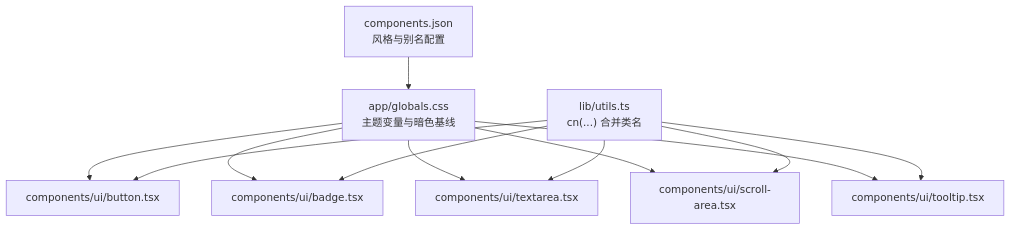
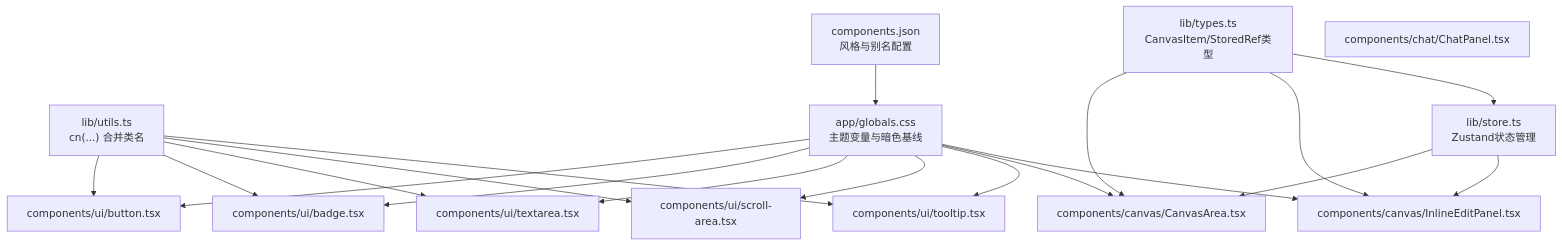
One commit to billye220670/BananaFlow2 changed the second of 10 diagrams in .qoder/repowiki/zh/content/UI 组件系统.md. Above: the diagram before and after it, drawn with Mermaid. The commit also changed other lines of this file and 29 other files, not shown here.

````diff
--- a/.qoder/repowiki/zh/content/UI 组件系统.md
+++ b/.qoder/repowiki/zh/content/UI 组件系统.md
@@ -152,22 +206,34 @@
 ```mermaid
 graph TB
 UTILS["lib/utils.ts<br/>cn(...) 合并类名"]
 THEME["app/globals.css<br/>主题变量与暗色基线"]
 CFG["components.json<br/>风格与别名配置"]
+STORE["lib/store.ts<br/>Zustand状态管理"]
+TYPES["lib/types.ts<br/>CanvasItem/StoredRef类型"]
 BTN["components/ui/button.tsx"]
 BADGE["components/ui/badge.tsx"]
 TEXTAREA["components/ui/textarea.tsx"]
 SCROLL["components/ui/scroll-area.tsx"]
 TOOLTIP["components/ui/tooltip.tsx"]
+CANVAS["components/canvas/CanvasArea.tsx"]
+INLINEEDIT["components/canvas/InlineEditPanel.tsx"]
+CHAT["components/chat/ChatPanel.tsx"]
 CFG --> THEME
 THEME --> BTN
 THEME --> BADGE
 THEME --> TEXTAREA
 THEME --> SCROLL
 THEME --> TOOLTIP
+THEME --> CANVAS
+THEME --> INLINEEDIT
 UTILS --> BTN
 UTILS --> BADGE
 UTILS --> TEXTAREA
 UTILS --> SCROLL
 UTILS --> TOOLTIP
+STORE --> CANVAS
+STORE --> INLINEEDIT
+TYPES --> CANVAS
+TYPES --> INLINEEDIT
+TYPES --> STORE
 ```
````
